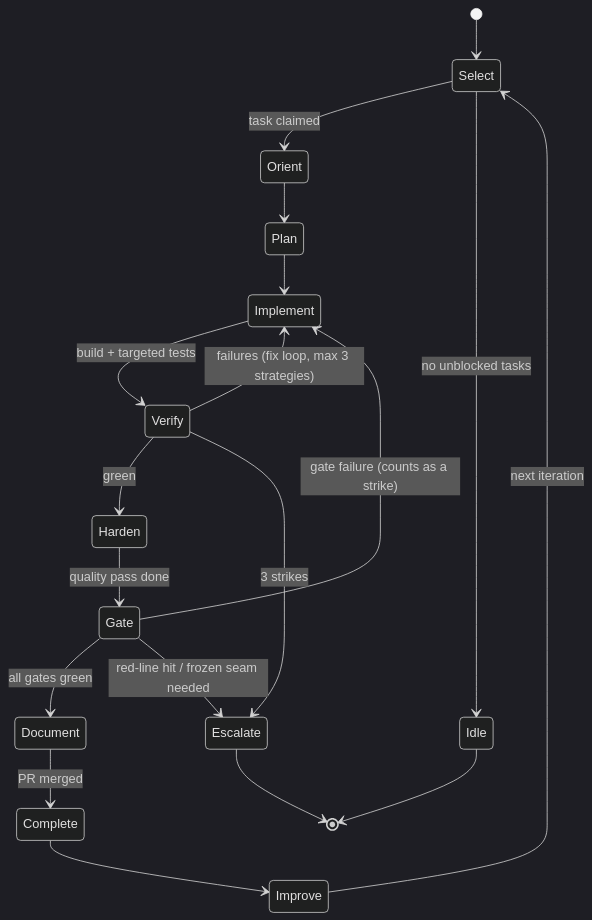
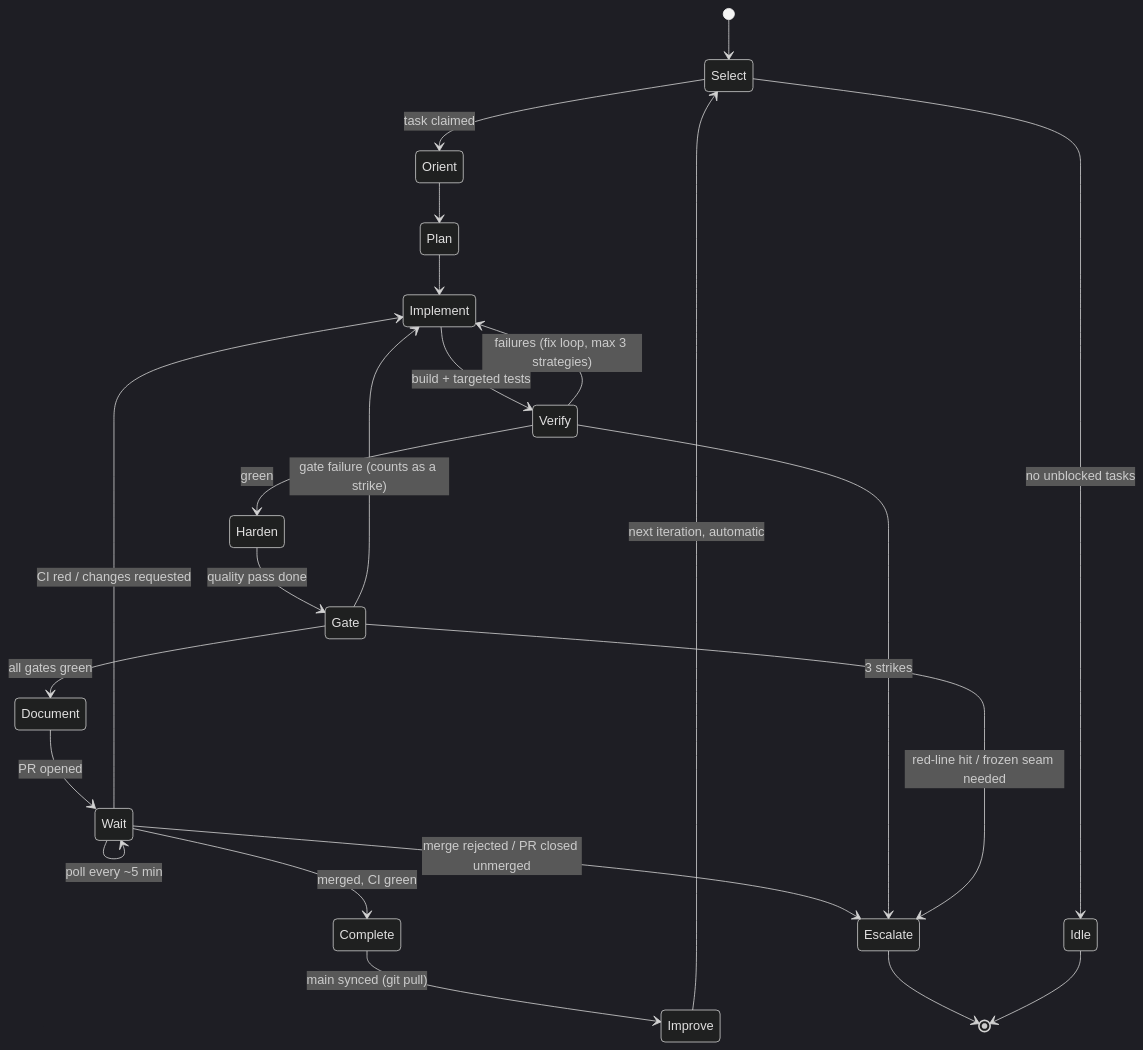
Before and after one commit to amudhan023/ai-pdf-editor: the diagram in docs/AGENT_LOOP.md, drawn with Mermaid (dark theme). The commit also changed other lines of this file and 22 other files, not shown here.

````diff
--- a/docs/AGENT_LOOP.md
+++ b/docs/AGENT_LOOP.md
@@ -17,21 +17,25 @@
 ```mermaid
 stateDiagram-v2
     [*] --> Select
     Select --> Orient: task claimed
     Orient --> Plan
     Plan --> Implement
     Implement --> Verify: build + targeted tests
     Verify --> Implement: failures (fix loop, max 3 strategies)
     Verify --> Harden: green
     Harden --> Gate: quality pass done
     Gate --> Document: all gates green
     Gate --> Implement: gate failure (counts as a strike)
-    Document --> Complete: PR merged
-    Complete --> Improve
-    Improve --> Select: next iteration
+    Document --> Wait: PR opened
+    Wait --> Wait: poll every ~5 min
+    Wait --> Complete: merged, CI green
+    Wait --> Implement: CI red / changes requested
+    Wait --> Escalate: merge rejected / PR closed unmerged
+    Complete --> Improve: main synced (git pull)
+    Improve --> Select: next iteration, automatic
     Verify --> Escalate: 3 strikes
     Gate --> Escalate: red-line hit / frozen seam needed
     Escalate --> [*]
     Select --> Idle: no unblocked tasks
     Idle --> [*]
 ```
````
